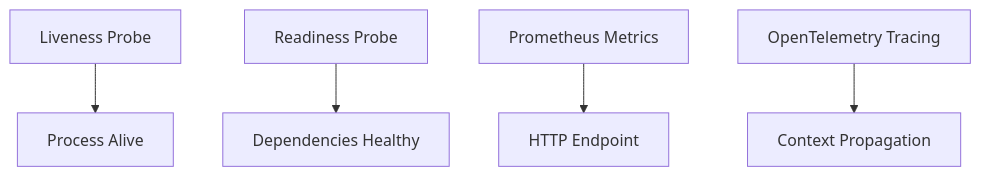
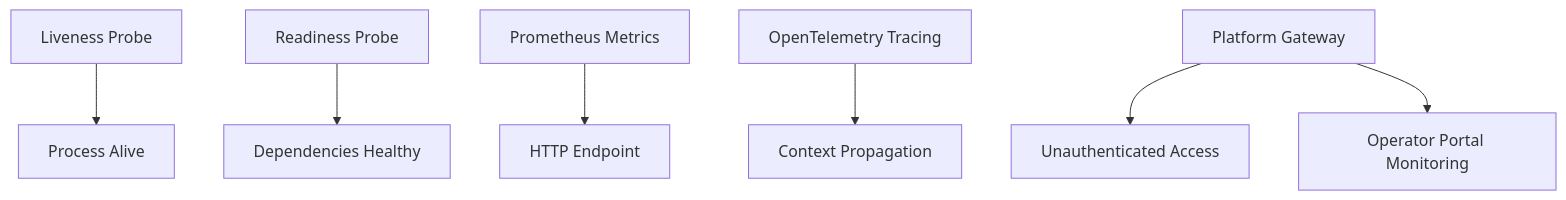
One commit to metasync/luban-aiops changed the seventh of 8 diagrams in .qoder/repowiki/en/content/API Reference/Agent Platform API/Health & Monitoring API.md. Above: the diagram before and after it, drawn with Mermaid. The commit also changed other lines of this file and 22 other files, not shown here.

````diff
--- a/.qoder/repowiki/en/content/API Reference/Agent Platform API/Health & Monitoring API.md
+++ b/.qoder/repowiki/en/content/API Reference/Agent Platform API/Health & Monitoring API.md
@@ -313,7 +380,9 @@
 ```mermaid
 graph TB
 Liveness["Liveness Probe"] --> Process["Process Alive"]
 Readiness["Readiness Probe"] --> Dependencies["Dependencies Healthy"]
 Metrics["Prometheus Metrics"] --> Exporter["HTTP Endpoint"]
 Tracing["OpenTelemetry Tracing"] --> Propagation["Context Propagation"]
+Gateway["Platform Gateway"] --> Unauth["Unauthenticated Access"]
+Gateway --> OperatorPortal["Operator Portal Monitoring"]
 ```
````
